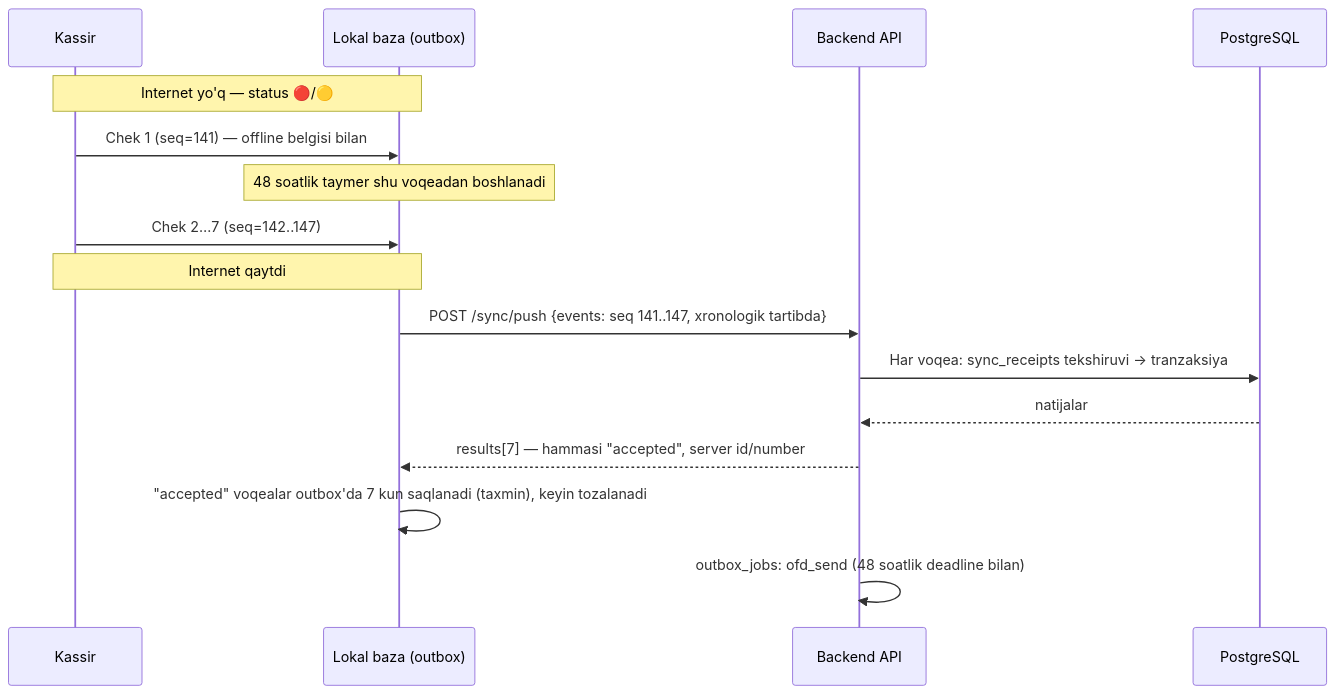
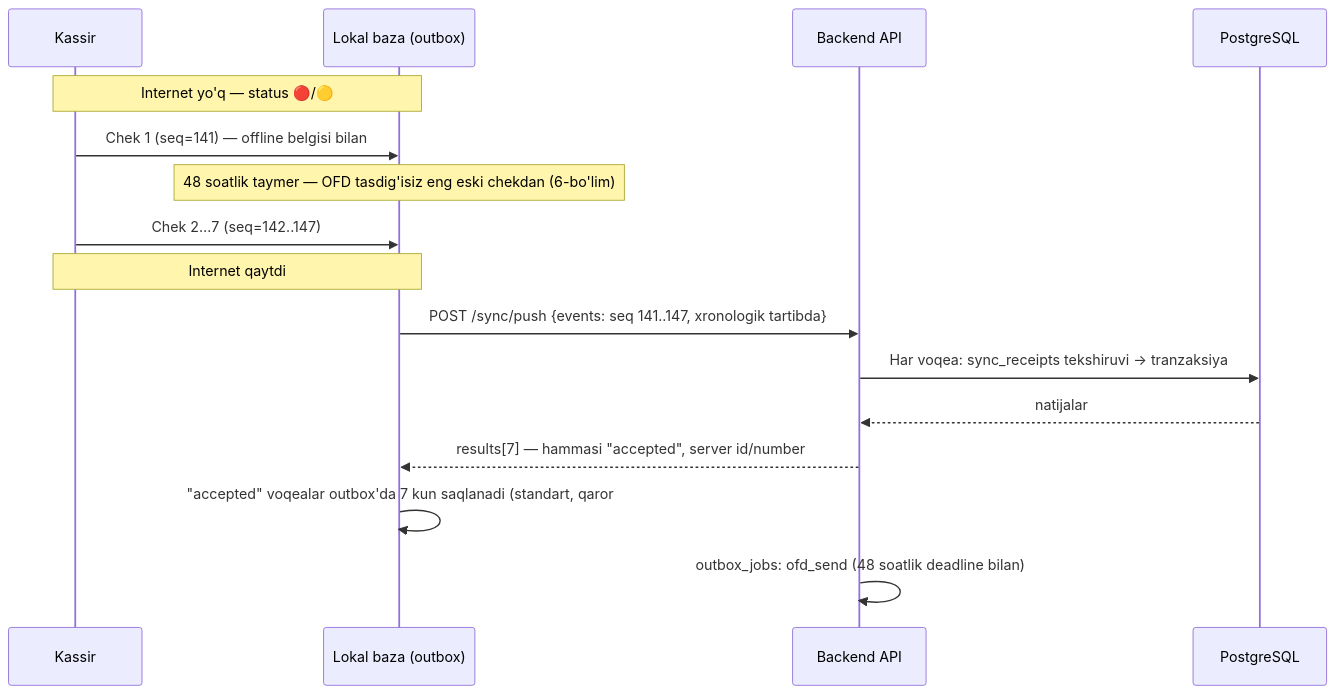
Before and after one commit to hasanoff507/erp: the second of 3 diagrams in spec/kod-uchun/16-offline-sync.md, drawn with Mermaid. The commit also changed other lines of this file and 47 other files, not shown here.

````diff
--- a/spec/kod-uchun/16-offline-sync.md
+++ b/spec/kod-uchun/16-offline-sync.md
@@ -175,19 +192,19 @@
 ```mermaid
 sequenceDiagram
     participant K as Kassir
     participant L as Lokal baza (outbox)
     participant API as Backend API
     participant DB as PostgreSQL
 
     Note over K,L: Internet yo'q — status 🔴/🟡
     K->>L: Chek 1 (seq=141) — offline belgisi bilan
-    Note over L: 48 soatlik taymer shu voqeadan boshlanadi
+    Note over L: 48 soatlik taymer — OFD tasdig'isiz eng eski chekdan (6-bo'lim)
     K->>L: Chek 2…7 (seq=142..147)
     Note over K,L: Internet qaytdi
     L->>API: POST /sync/push {events: seq 141..147, xronologik tartibda}
     API->>DB: Har voqea: sync_receipts tekshiruvi → tranzaksiya
     DB-->>API: natijalar
     API-->>L: results[7] — hammasi "accepted", server id/number
-    L->>L: "accepted" voqealar outbox'da 7 kun saqlanadi (taxmin), keyin tozalanadi
+    L->>L: "accepted" voqealar outbox'da 7 kun saqlanadi (standart, qaror #54), keyin tozalanadi
     API->>API: outbox_jobs: ofd_send (48 soatlik deadline bilan)
 ```
````
